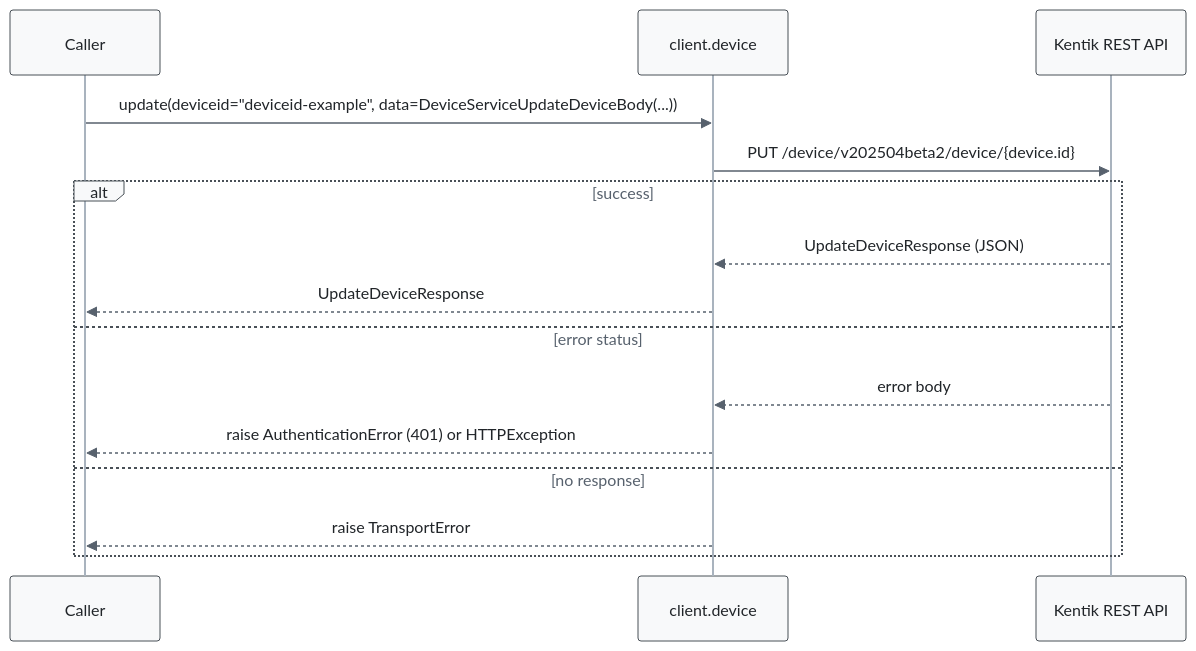
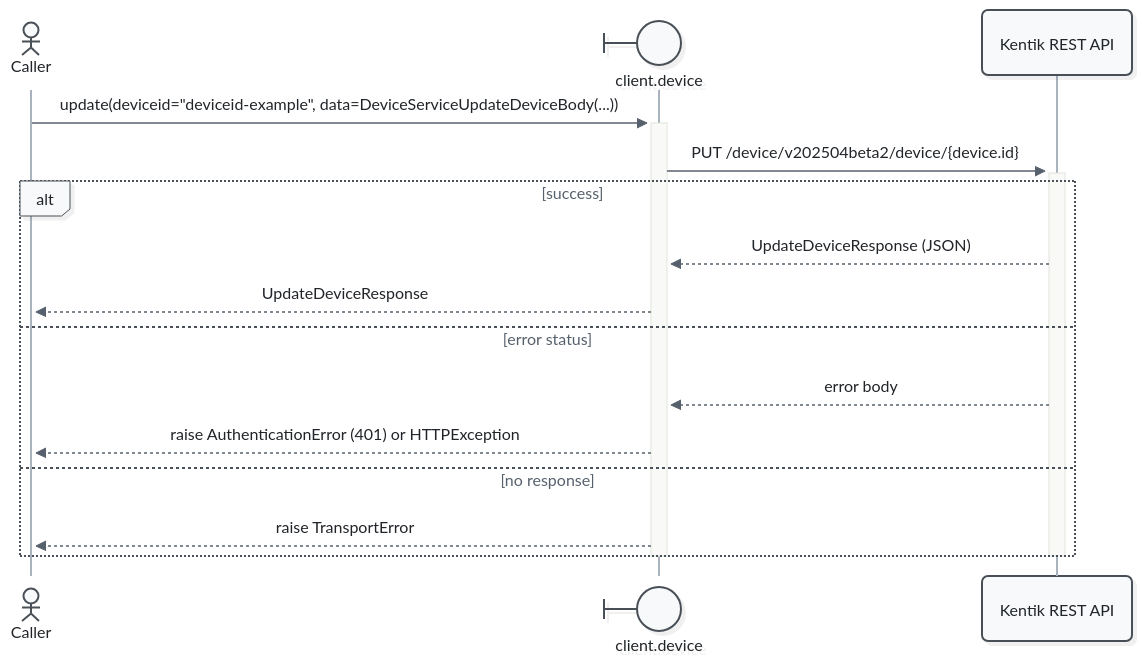
Diagram 15 of 21 in docs/sphinx/services/device.md (alexdearaujo/community_sdk_python), drawn with Mermaid before and after one commit. The commit also changed other lines of this file and 52 other files, not shown here.

First line of the commit message:
docs: Mermaid 12 sequence diagrams with participant types and path colors

````diff
--- a/docs/sphinx/services/device.md
+++ b/docs/sphinx/services/device.md
@@ -584,19 +619,21 @@
 ```mermaid
-%%{init: {"theme": "base", "fontFamily": "ui-monospace, SFMono-Regular, Menlo, monospace", "themeVariables": {"fontFamily": "ui-monospace, SFMono-Regular, Menlo, monospace", "primaryColor": "#f8f9fa", "primaryBorderColor": "#495057", "primaryTextColor": "#212529", "textColor": "#212529", "lineColor": "#77818c", "edgeLabelBackground": "#ffffff", "actorBkg": "#f8f9fa", "actorBorder": "#495057", "actorTextColor": "#212529", "actorLineColor": "#a9b3be", "signalColor": "#57616d", "signalTextColor": "#212529", "labelBoxBkgColor": "#f8f9fa", "labelBoxBorderColor": "#495057", "labelTextColor": "#212529", "loopTextColor": "#57616d", "noteBkgColor": "#fff9db", "noteBorderColor": "#f08c00", "noteTextColor": "#a35a00"}, "flowchart": {"curve": "step", "nodeSpacing": 30, "rankSpacing": 70, "wrappingWidth": 400}}}%%
+%%{init: {"theme": "redux", "look": "neo", "layout": "dagre", "fontFamily": "ui-monospace, SFMono-Regular, Menlo, monospace", "themeVariables": {"fontFamily": "ui-monospace, SFMono-Regular, Menlo, monospace", "primaryColor": "#f8f9fa", "primaryBorderColor": "#495057", "primaryTextColor": "#212529", "textColor": "#212529", "lineColor": "#77818c", "edgeLabelBackground": "#ffffff", "actorBkg": "#f8f9fa", "actorBorder": "#495057", "actorTextColor": "#212529", "actorLineColor": "#a9b3be", "signalColor": "#57616d", "signalTextColor": "#212529", "labelBoxBkgColor": "#f8f9fa", "labelBoxBorderColor": "#495057", "labelTextColor": "#212529", "loopTextColor": "#57616d", "noteBkgColor": "#fff9db", "noteBorderColor": "#f08c00", "noteTextColor": "#a35a00"}, "sequence": {"activationWidth": 16}, "flowchart": {"curve": "step", "nodeSpacing": 30, "rankSpacing": 70, "wrappingWidth": 400}}}%%
 sequenceDiagram
-    participant C as Caller
-    participant W as client.device
+    actor C as Caller
+    participant W@{ "type": "boundary" } as client.device
     participant API as Kentik REST API
 
-    C->>W: update(deviceid="deviceid-example", data=DeviceServiceUpdateDeviceBody(...))
-    W->>API: PUT /device/v202504beta2/device/{device.id}
+    C->>+W: update(deviceid="deviceid-example", data=DeviceServiceUpdateDeviceBody(...))
+    W->>+API: PUT /device/v202504beta2/device/{device.id}
     alt success
         API-->>W: UpdateDeviceResponse (JSON)
         W-->>C: UpdateDeviceResponse
     else error status
         API-->>W: error body
         W-->>C: raise AuthenticationError (401) or HTTPException
     else no response
         W-->>C: raise TransportError
     end
+    deactivate API
+    deactivate W
 ```
````
